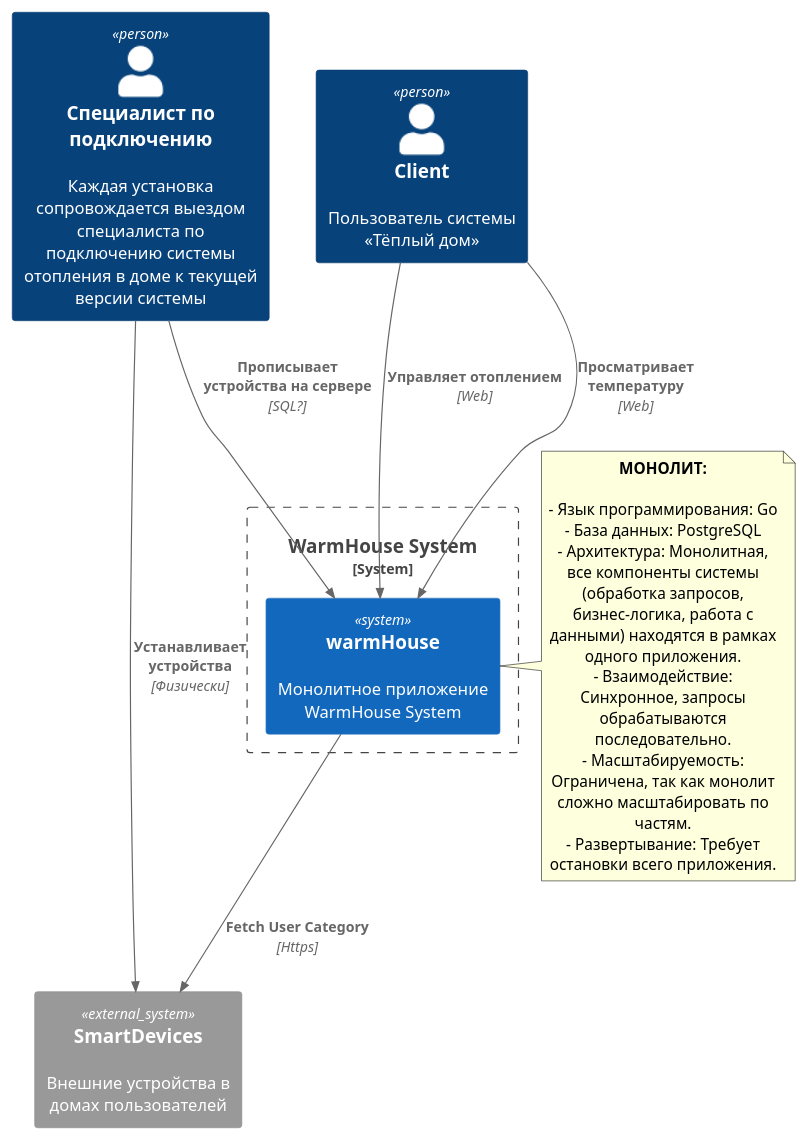
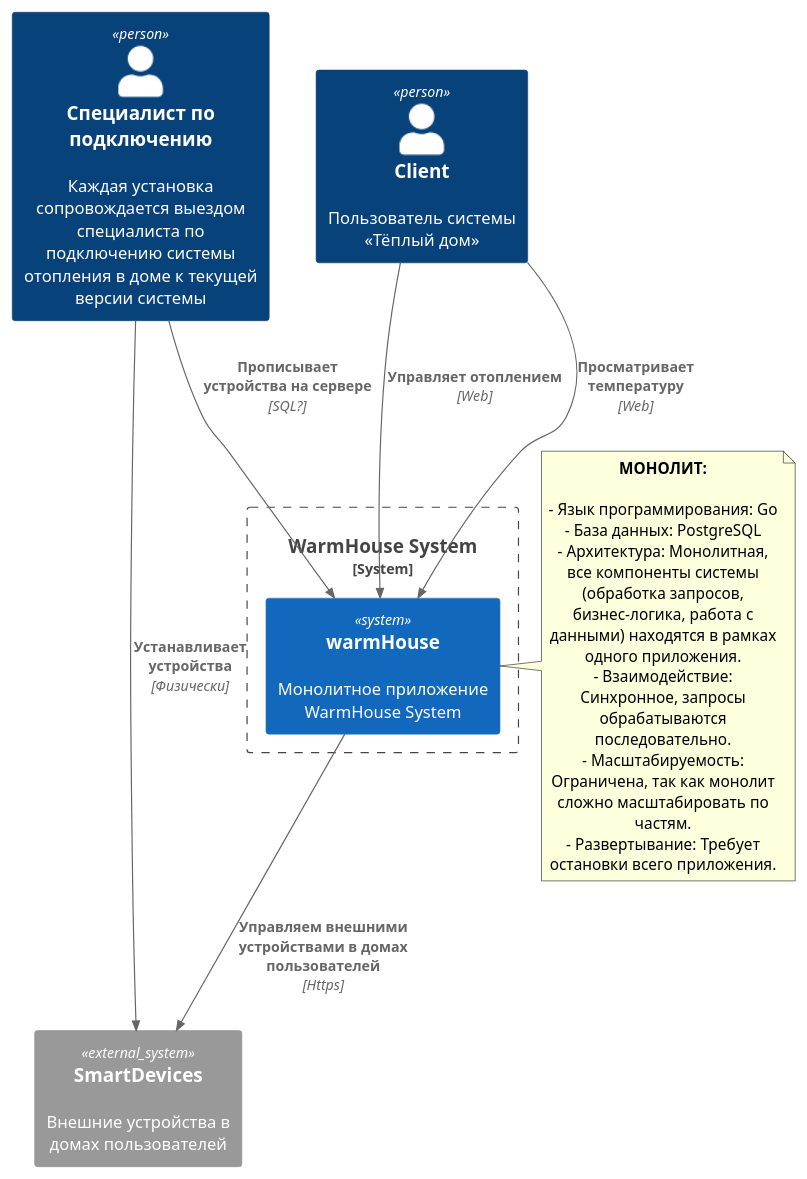
Before and after one commit to Yandex-Practicum/architecture-pro-warmhouse: the diagram in schemas/context_existing.puml, drawn with PlantUML. The commit also changed 1 other file, not shown here.

```diff
--- a/schemas/context_existing.puml
+++ b/schemas/context_existing.puml
@@ -1,22 +1,22 @@
 @startuml
 !include https://raw.githubusercontent.com/plantuml-stdlib/C4-PlantUML/master/C4_Context.puml
 
 Person(client, "Client", "Пользователь системы «Тёплый дом»")
 Person(integrationSpecialist, "Специалист по подключению", "Каждая установка сопровождается выездом специалиста по подключению системы отопления в доме к текущей версии системы")
 
 System_Ext(smartDevices ,"SmartDevices", "Внешние устройства в домах пользователей")
 
 System_Boundary(system, "WarmHouse System") {
     System(warmHouse, "warmHouse", "Монолитное приложение WarmHouse System")
 }
 note right of warmHouse : **МОНОЛИТ:**\n\n- Язык программирования: Go\n- База данных: PostgreSQL\n- Архитектура: Монолитная, все компоненты системы (обработка запросов, бизнес-логика, работа с данными) находятся в рамках одного приложения.\n- Взаимодействие: Синхронное, запросы обрабатываются последовательно.\n- Масштабируемость: Ограничена, так как монолит сложно масштабировать по частям.\n- Развертывание: Требует остановки всего приложения.
 
 Rel(client, warmHouse, "Управляет отоплением", "Web")
 Rel(client, warmHouse, "Просматривает температуру", "Web")
 
-Rel(warmHouse, smartDevices, "Fetch User Category", "Https")
+Rel(warmHouse, smartDevices, "Управляем внешними устройствами в домах пользователей", "Https")
 
 Rel(integrationSpecialist, smartDevices, "Устанавливает устройства", "Физически")
 Rel(integrationSpecialist, warmHouse, "Прописывает устройства на сервере", "SQL?")
 
 @enduml
```
